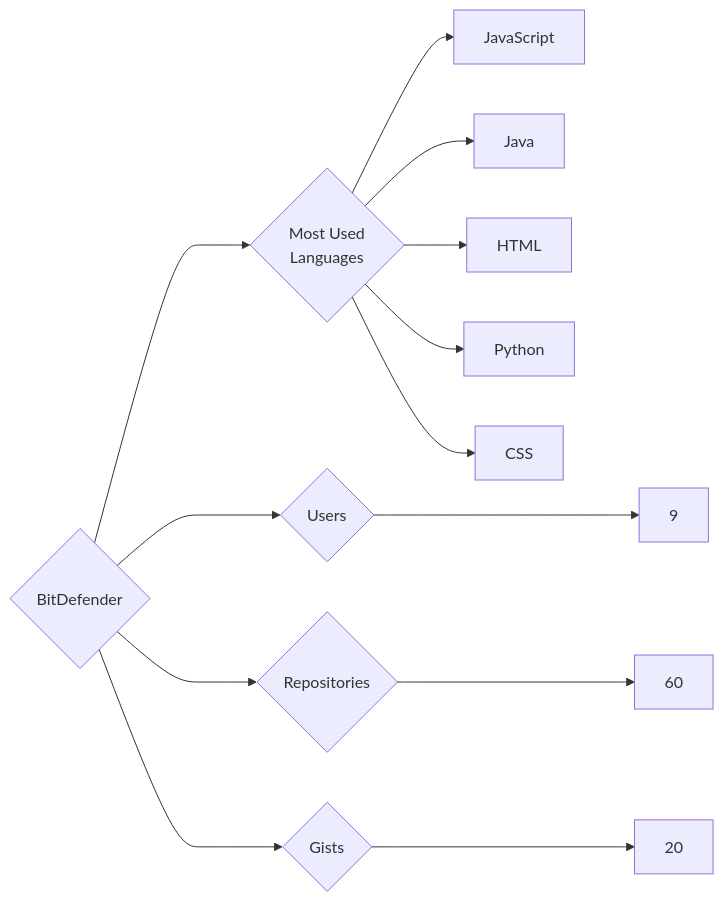
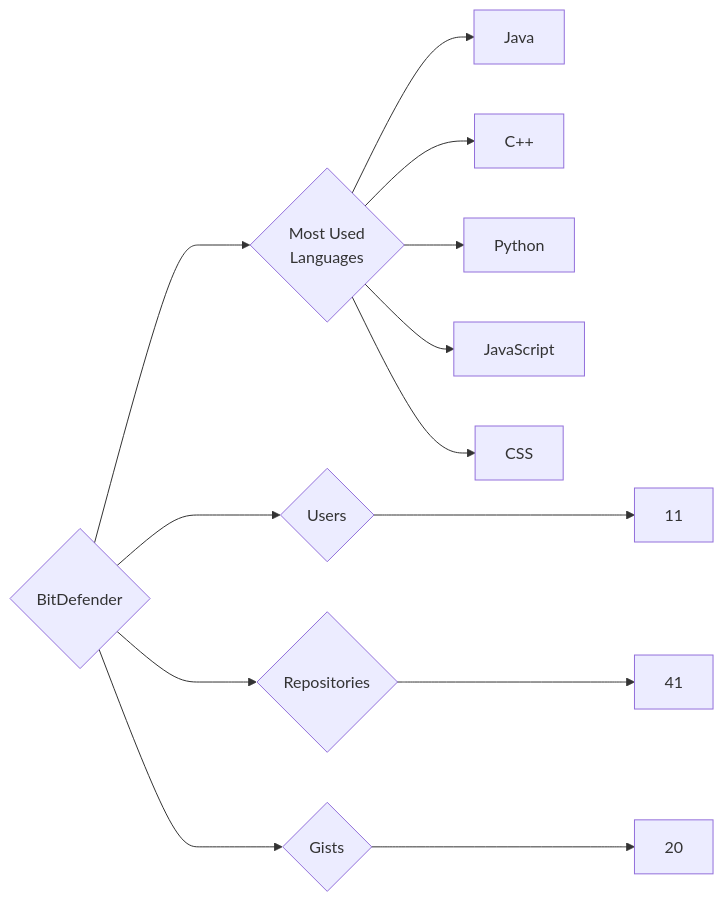
The diagram in targets/BitDefender/README.md (trickest/insiders), drawn with Mermaid before and after one commit. The commit also changed 750 other files, not shown here.

````diff
--- a/targets/BitDefender/README.md
+++ b/targets/BitDefender/README.md
@@ -3,13 +3,13 @@
 ```mermaid
 graph LR
 COMPANY_NAME{BitDefender}
-COMPANY_NAME ---> U{Users} ---> UN[9]
-COMPANY_NAME ---> R{Repositories} ---> RN[60]
+COMPANY_NAME ---> U{Users} ---> UN[11]
+COMPANY_NAME ---> R{Repositories} ---> RN[41]
 COMPANY_NAME ---> G{Gists} ---> GN[20]
 COMPANY_NAME ---> ML{Most Used<br>Languages}
+ML --> Java[Java]
+ML --> C++[C++]
+ML --> Python[Python]
 ML --> JavaScript[JavaScript]
-ML --> Java[Java]
-ML --> HTML[HTML]
-ML --> Python[Python]
 ML --> CSS[CSS]
 ```
````
